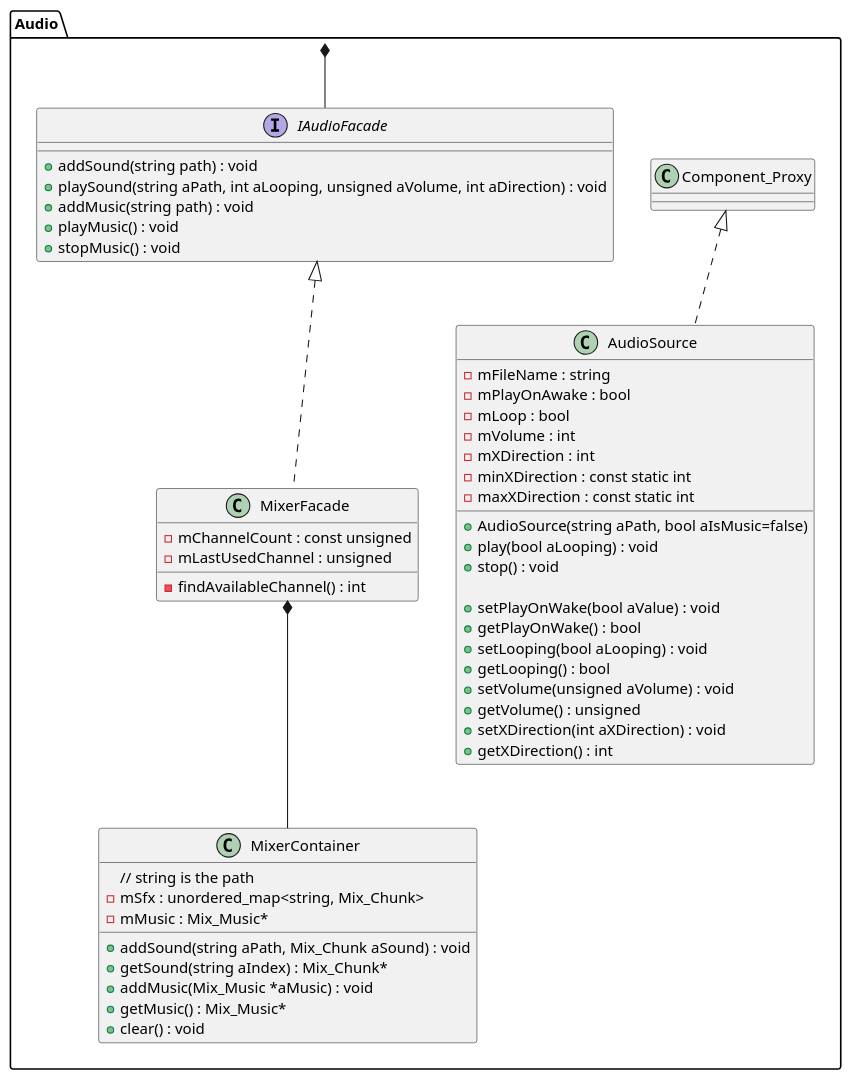
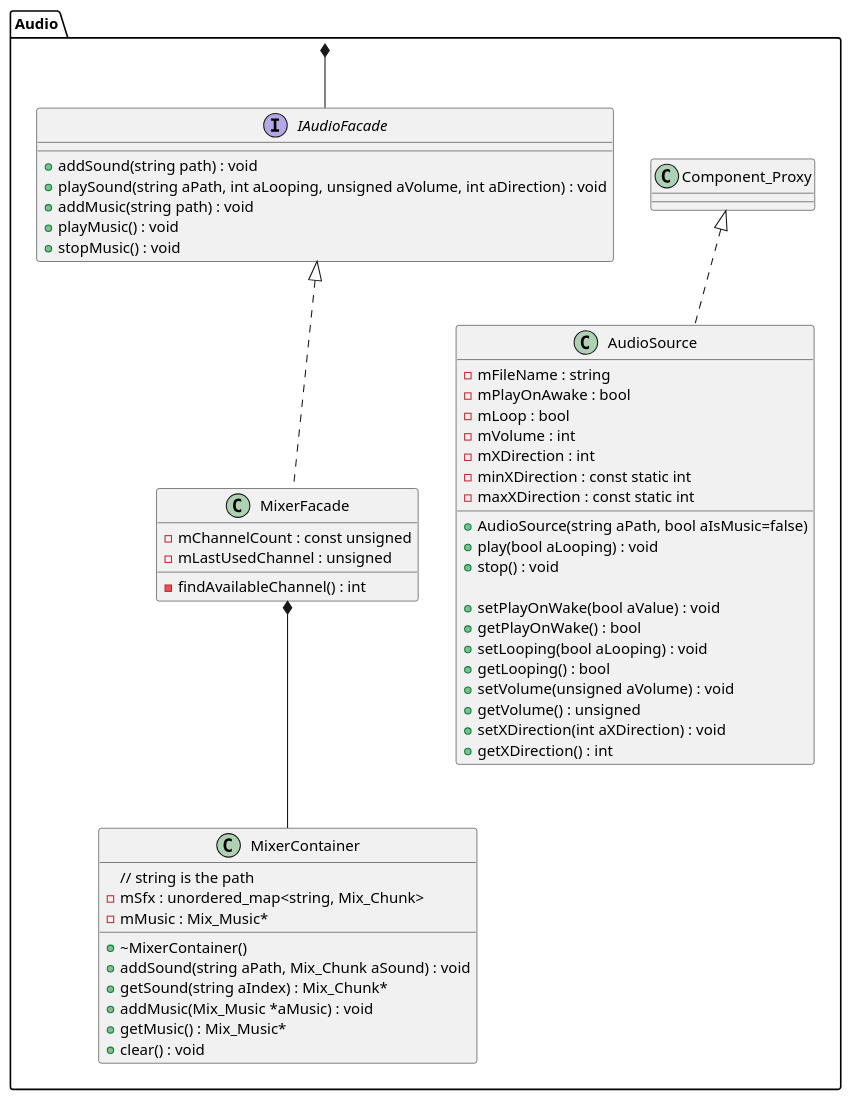
One commit to Seger01/GameEngine changed the diagram in docs/Diagrams/classDiagramPackages/audioPackage.puml. Above: the diagram before and after it, drawn with PlantUML.

Commit message:
Added mixercontainer destructor to diagram

```diff
--- a/docs/Diagrams/classDiagramPackages/audioPackage.puml
+++ b/docs/Diagrams/classDiagramPackages/audioPackage.puml
@@ -1,59 +1,60 @@
 @startuml audioPackageClassDiagram
 
 package Audio{
     class Component_Proxy {}
 
 class AudioSource implements Component_Proxy{
     - mFileName : string
     - mPlayOnAwake : bool
     - mLoop : bool
     - mVolume : int
     - mXDirection : int
     - minXDirection : const static int
     - maxXDirection : const static int
     + AudioSource(string aPath, bool aIsMusic=false)
     + play(bool aLooping) : void
     + stop() : void 
 
     + setPlayOnWake(bool aValue) : void
     + getPlayOnWake() : bool
     + setLooping(bool aLooping) : void
     + getLooping() : bool
     + setVolume(unsigned aVolume) : void
     + getVolume() : unsigned
     + setXDirection(int aXDirection) : void
     + getXDirection() : int
 }
 
 interface IAudioFacade {
     + addSound(string path) : void
     + playSound(string aPath, int aLooping, unsigned aVolume, int aDirection) : void
     + addMusic(string path) : void
     + playMusic() : void
     + stopMusic() : void
 }
 
 class MixerFacade implements IAudioFacade {
     - mChannelCount : const unsigned
     - mLastUsedChannel : unsigned
     - findAvailableChannel() : int
 }
 
 class MixerContainer {
     // string is the path
     - mSfx : unordered_map<string, Mix_Chunk>
     - mMusic : Mix_Music*
+    + ~MixerContainer()
     + addSound(string aPath, Mix_Chunk aSound) : void
     + getSound(string aIndex) : Mix_Chunk*
     + addMusic(Mix_Music *aMusic) : void
     + getMusic() : Mix_Music*
     + clear() : void
 }
 
 MixerFacade *-- MixerContainer
 
 }
 
 Audio *--IAudioFacade
 
 @enduml
```
